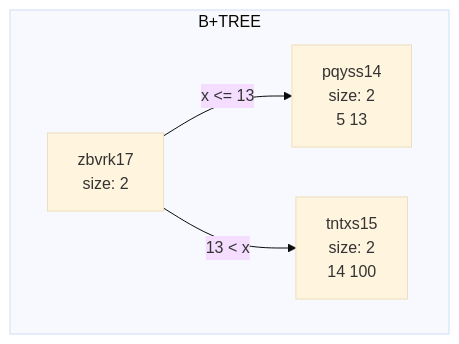
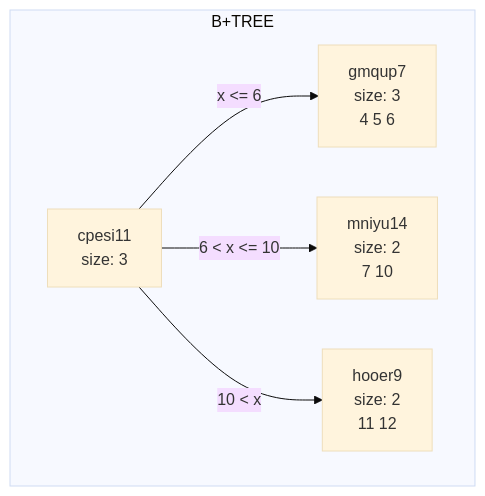
Before and after one commit to shiridikumar/phase1_dup: the first of 2 diagrams in data/chart.md, drawn with Mermaid (base theme). The commit also changed other lines of this file and 32 other files, not shown here.

````diff
--- a/data/chart.md
+++ b/data/chart.md
@@ -1,10 +1,12 @@
 ```mermaid
 graph TD
 subgraph B+TREE
-zbvrk17[zbvrk17<br/>size: 2<br/>]
-pqyss14[pqyss14<br/>size: 2<br/>5 13 ]
-zbvrk17-->|x <= 13|pqyss14
-tntxs15[tntxs15<br/>size: 2<br/>14 100 ]
-zbvrk17-->|13 < x|tntxs15
+cpesi11[cpesi11<br/>size: 3<br/>]
+gmqup7[gmqup7<br/>size: 3<br/>4 5 6 ]
+cpesi11-->|x <= 6|gmqup7
+mniyu14[mniyu14<br/>size: 2<br/>7 10 ]
+cpesi11-->|6 < x <= 10|mniyu14
+hooer9[hooer9<br/>size: 2<br/>11 12 ]
+cpesi11-->|10 < x|hooer9
 end
 ```
````
